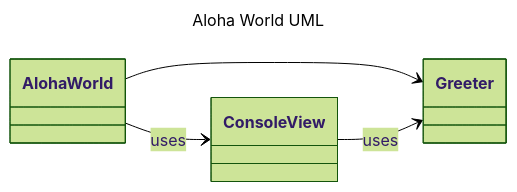
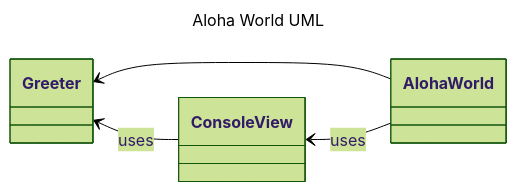
Before and after one commit to jungbail/homework-01-aloha-world-1: the diagram in instructions/README.md, drawn with Mermaid (forest theme).

Commit message:
testing markdown files coding

````diff
--- a/instructions/README.md
+++ b/instructions/README.md
@@ -106,19 +106,19 @@
 ```mermaid
 ---
 title: Aloha World UML
 ---
 classDiagram
-    direction LR
+    direction RL
     AlohaWorld --> Greeter 
     AlohaWorld --> ConsoleView : uses
     ConsoleView --> Greeter : uses
     class AlohaWorld {
         
     }
     class Greeter {
         
     }
     class ConsoleView {
         
     }
 ```
````
